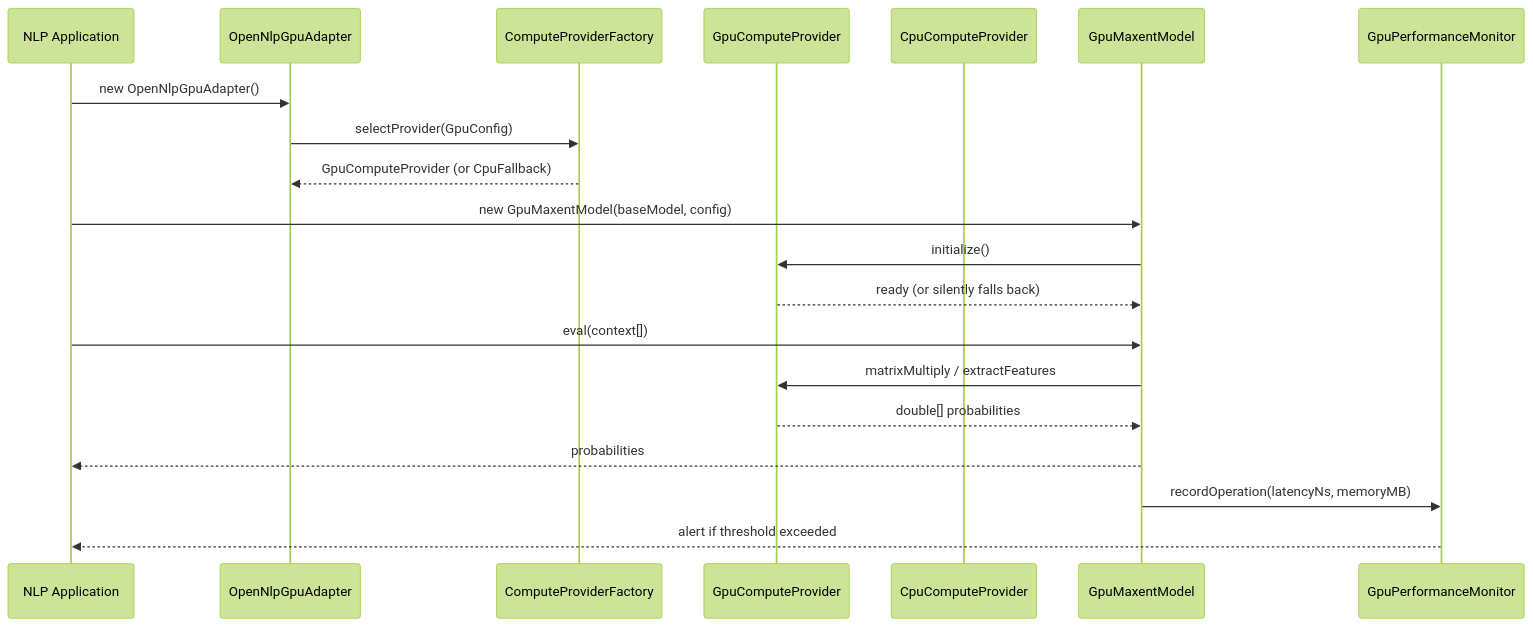
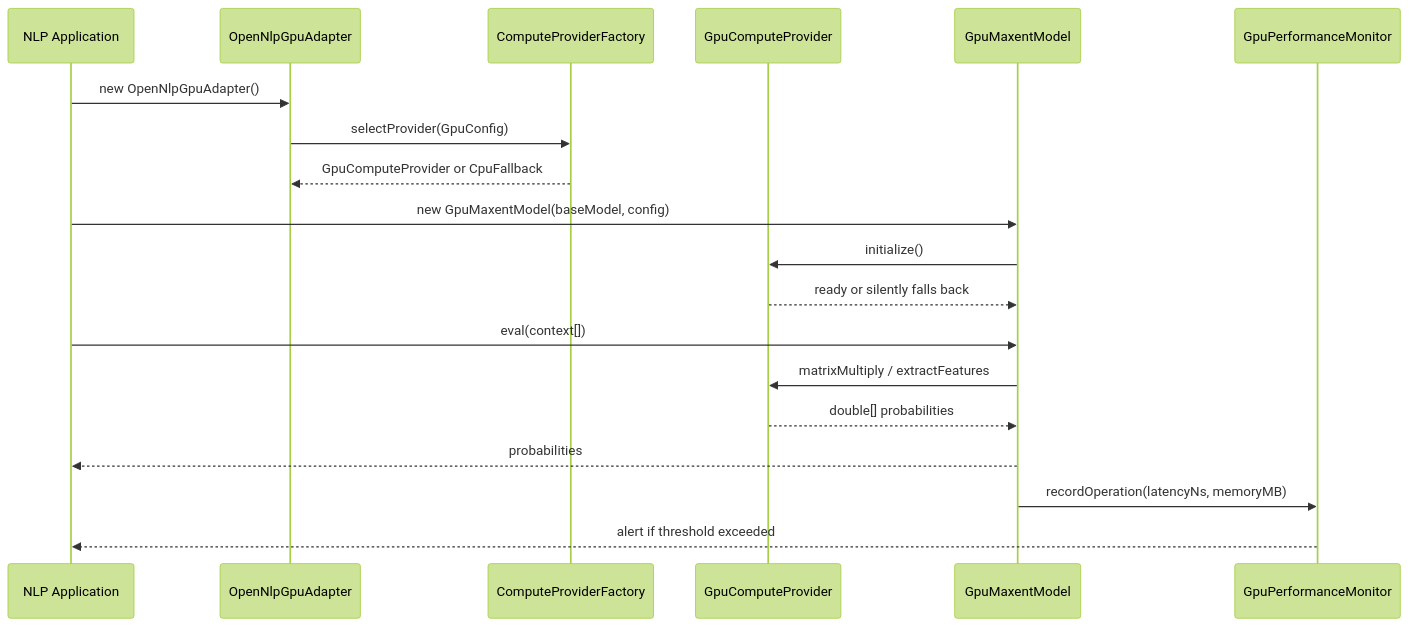
The second of 5 diagrams in README.md (hkevin01/opennlp-gpu), drawn with Mermaid (forest theme) before and after one commit. The commit also changed other lines of this file, not shown here.

Commit message:
Refactor Mermaid diagrams in README for improved readability and clarity

````diff
--- a/README.md
+++ b/README.md
@@ -210,23 +210,22 @@
 ```mermaid
 sequenceDiagram
     participant App as NLP Application
     participant Adapter as OpenNlpGpuAdapter
     participant Factory as ComputeProviderFactory
     participant GPU as GpuComputeProvider
-    participant CPU as CpuComputeProvider
     participant Model as GpuMaxentModel
     participant Monitor as GpuPerformanceMonitor
 
     App->>Adapter: new OpenNlpGpuAdapter()
     Adapter->>Factory: selectProvider(GpuConfig)
-    Factory-->>Adapter: GpuComputeProvider (or CpuFallback)
+    Factory-->>Adapter: GpuComputeProvider or CpuFallback
     App->>Model: new GpuMaxentModel(baseModel, config)
     Model->>GPU: initialize()
-    GPU-->>Model: ready (or silently falls back)
+    GPU-->>Model: ready or silently falls back
     App->>Model: eval(context[])
     Model->>GPU: matrixMultiply / extractFeatures
     GPU-->>Model: double[] probabilities
     Model-->>App: probabilities
     Model->>Monitor: recordOperation(latencyNs, memoryMB)
     Monitor-->>App: alert if threshold exceeded
 ```
````
